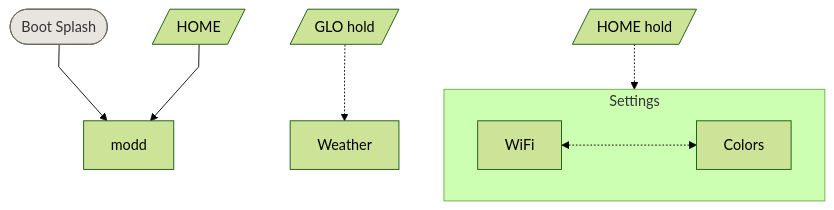
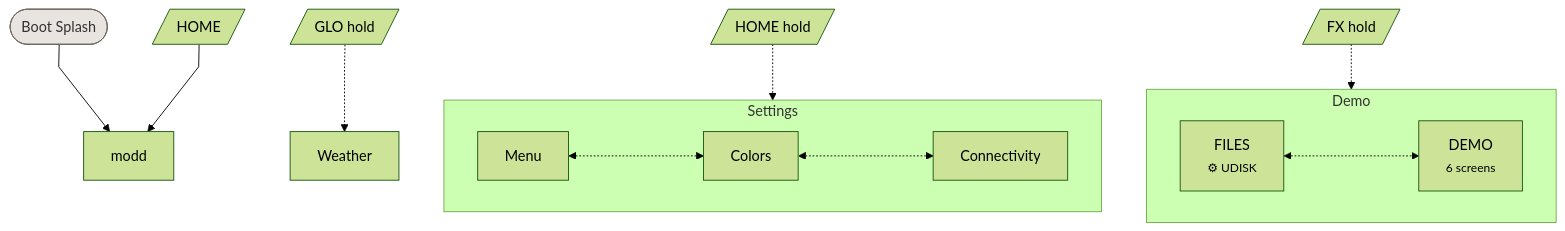
The diagram in docs/ui/themes/modd/UI.md (DimmKirr/modd), drawn with Mermaid (forest theme) before and after one commit. The commit also changed other lines of this file and 24 other files, not shown here.

````diff
--- a/docs/ui/themes/modd/UI.md
+++ b/docs/ui/themes/modd/UI.md
@@ -13,28 +13,37 @@
 ```mermaid
 %%{init: {"flowchart": {"curve": "linear"}} }%%
 flowchart TD
 
     BOOT(["Boot Splash"]):::boot
     BOOT --> P_HOME
 
     P_HOME["modd"]
 
     P_WEATHER["Weather"]
 
     subgraph sg_SETTINGS["Settings"]
-        P_WIFI["WiFi"]
+        P_SETTINGS["Menu"]
         P_COLORS["Colors"]
+        P_CONN["Connectivity"]
+    end
+
+    subgraph sg_DEMO["Demo"]
+        P_FILES["FILES<br/><small>⚙ UDISK</small>"]
+        P_DEMO["DEMO<br/><small>6 screens</small>"]
     end
 
     %% Encoder: cycle pages within a view
-    P_WIFI <-..-> P_COLORS
+    P_SETTINGS <-..-> P_COLORS
+    P_COLORS <-..-> P_CONN
+    P_FILES <-..-> P_DEMO
 
     %% Buttons: tap navigates between views
     BTN_HOME[/"HOME"/] --> P_HOME
 
     %% Buttons: hold navigates to secondary views
     BTN_GLO_H[/"GLO hold"/] -.-> P_WEATHER
     BTN_HOME_H[/"HOME hold"/] -.-> sg_SETTINGS
+    BTN_FX_H[/"FX hold"/] -.-> sg_DEMO
 
     classDef boot fill:#E8E4DF,stroke:#6E675E,color:#333
 ```
````
